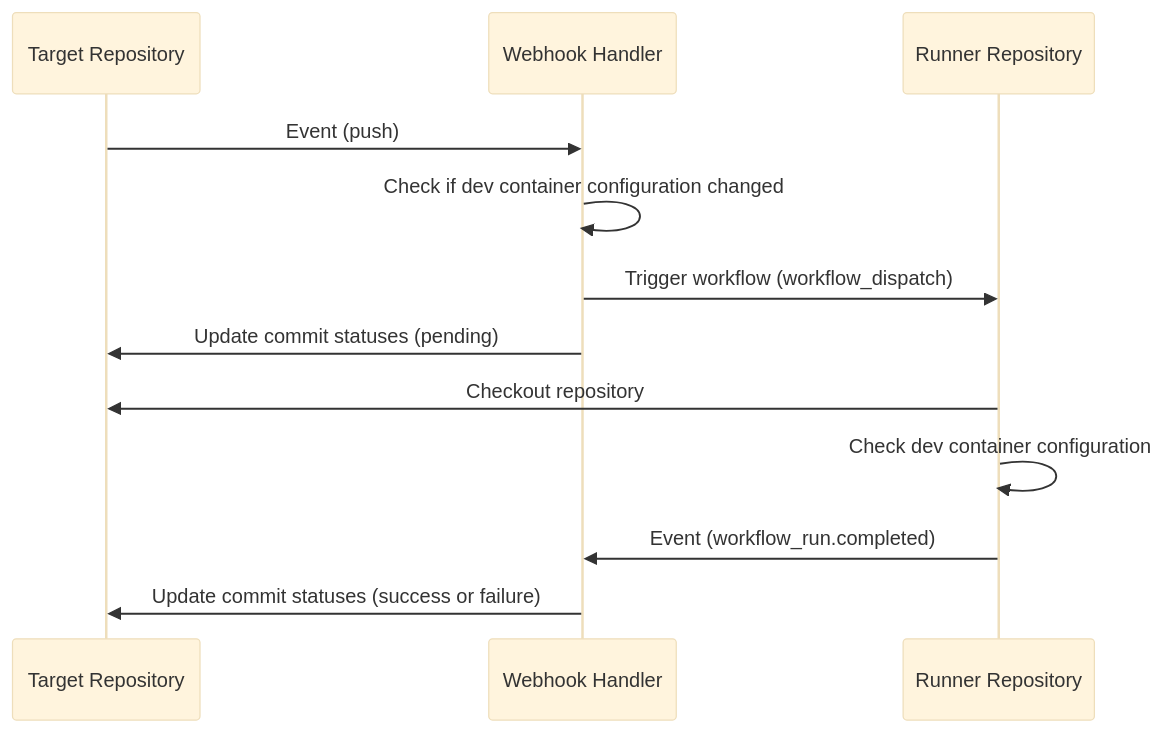
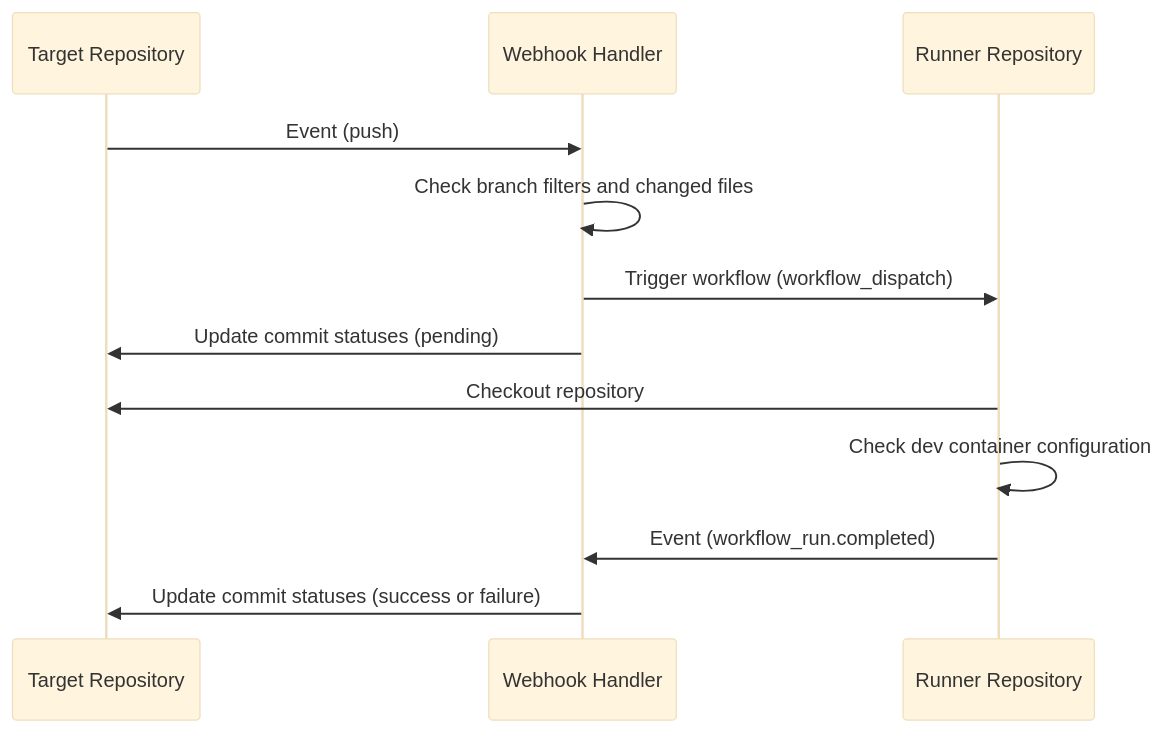
The diagram in README.md (lasuillard-s/devcontainer-check), drawn with Mermaid (base theme) before and after one commit. The commit also changed other lines of this file and 16 other files, not shown here.

````diff
--- a/README.md
+++ b/README.md
@@ -14,15 +23,15 @@
 ```mermaid
 sequenceDiagram
 	participant target as Target Repository
 	participant server as Webhook Handler
 	participant runner as Runner Repository
 
-  target ->> server: Event (push)
-  server ->> server: Check if dev container configuration changed
-  server ->> runner: Trigger workflow (workflow_dispatch)
-  server ->> target: Update commit statuses (pending)
-  runner ->> target: Checkout repository
-  runner ->> runner: Check dev container configuration
-  runner ->> server: Event (workflow_run.completed)
-  server ->> target: Update commit statuses (success or failure)
+	target ->> server: Event (push)
+	server ->> server: Check branch filters and changed files
+	server ->> runner: Trigger workflow (workflow_dispatch)
+	server ->> target: Update commit statuses (pending)
+	runner ->> target: Checkout repository
+	runner ->> runner: Check dev container configuration
+	runner ->> server: Event (workflow_run.completed)
+	server ->> target: Update commit statuses (success or failure)
 ```
````
